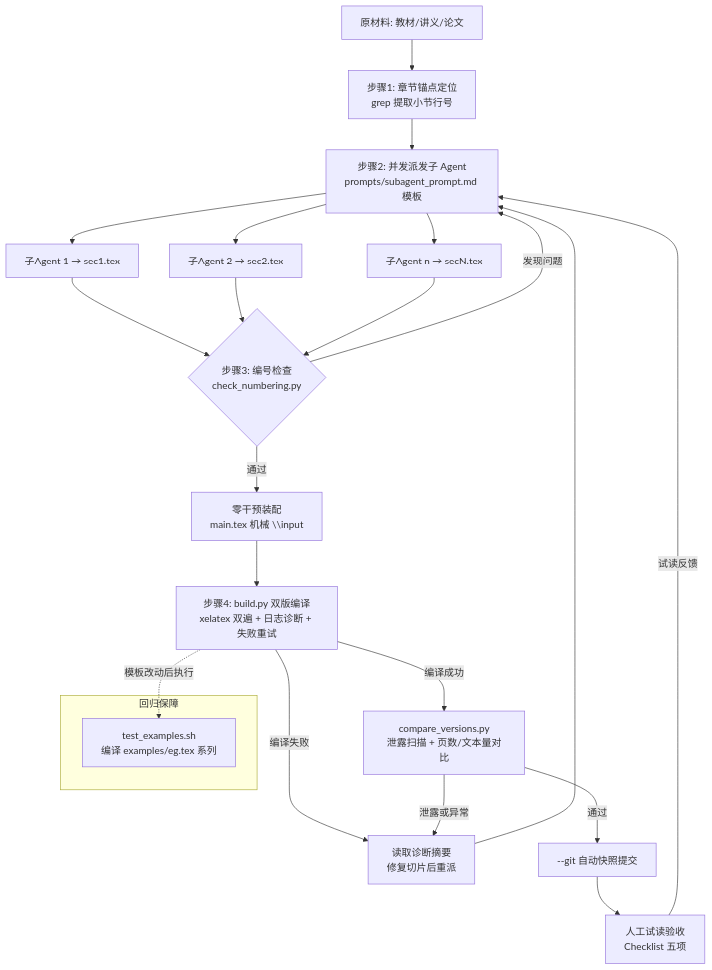
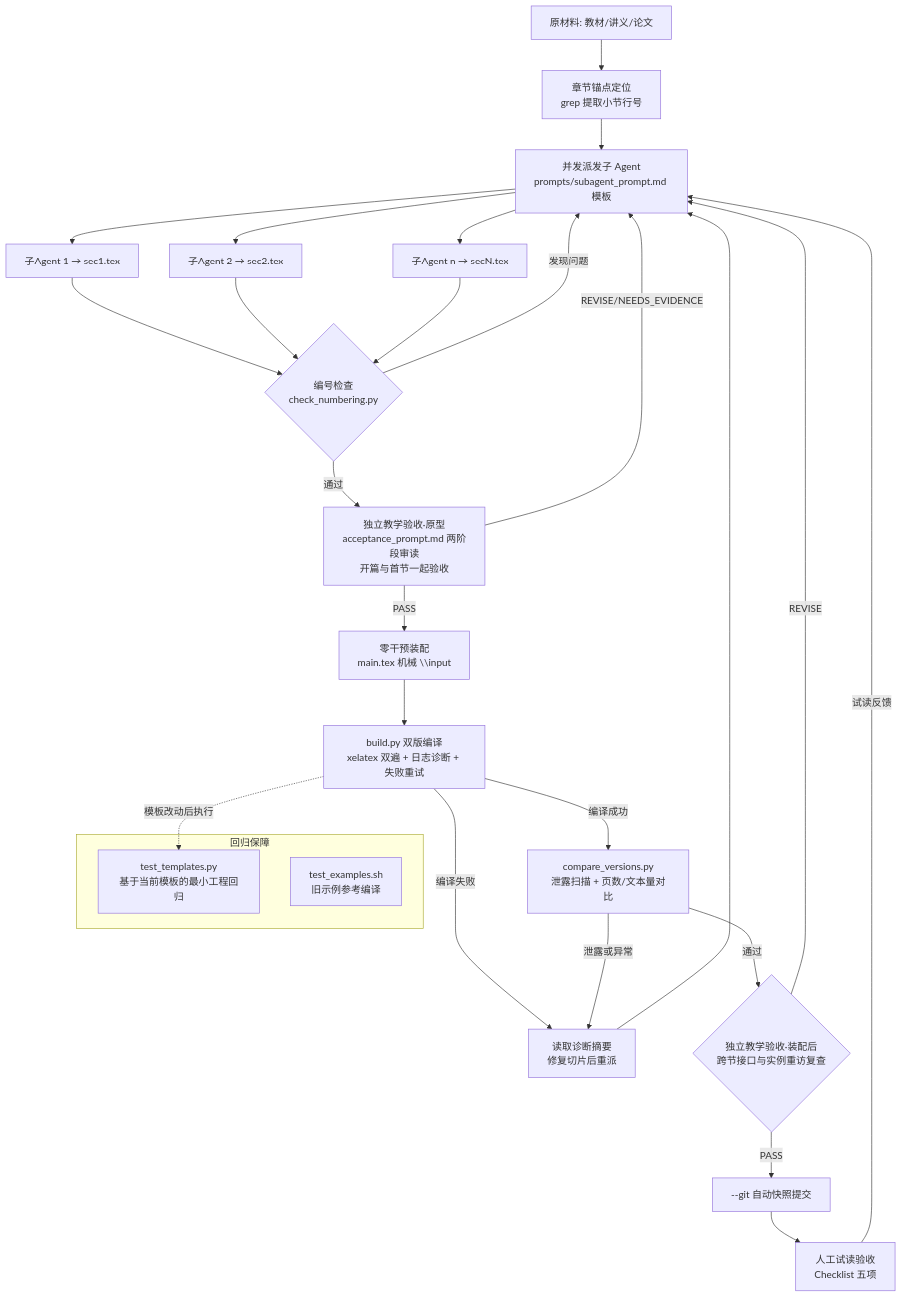
The diagram in examples/workflow.md (Sussurrosfox/problem-driven-courseware), drawn with Mermaid before and after one commit. The commit also changed other lines of this file and 22 other files, not shown here.

````diff
--- a/examples/workflow.md
+++ b/examples/workflow.md
@@ -133,24 +137,29 @@
 ```mermaid
 flowchart TD
-    A[原材料: 教材/讲义/论文] --> B[步骤1: 章节锚点定位<br/>grep 提取小节行号]
-    B --> C[步骤2: 并发派发子 Agent<br/>prompts/subagent_prompt.md 模板]
+    A[原材料: 教材/讲义/论文] --> B[章节锚点定位<br/>grep 提取小节行号]
+    B --> C[并发派发子 Agent<br/>prompts/subagent_prompt.md 模板]
     C --> D1[子Agent 1 → sec1.tex]
     C --> D2[子Agent 2 → sec2.tex]
     C --> D3[子Agent n → secN.tex]
-    D1 & D2 & D3 --> E{步骤3: 编号检查<br/>check_numbering.py}
+    D1 & D2 & D3 --> E{编号检查<br/>check_numbering.py}
     E -- 发现问题 --> C
-    E -- 通过 --> F[零干预装配<br/>main.tex 机械 \\input]
-    F --> G[步骤4: build.py 双版编译<br/>xelatex 双遍 + 日志诊断 + 失败重试]
+    E -- 通过 --> AV[独立教学验收·原型<br/>acceptance_prompt.md 两阶段审读<br/>开篇与首节一起验收]
+    AV -- REVISE/NEEDS_EVIDENCE --> C
+    AV -- PASS --> F[零干预装配<br/>main.tex 机械 \\input]
+    F --> G[build.py 双版编译<br/>xelatex 双遍 + 日志诊断 + 失败重试]
     G -- 编译失败 --> H[读取诊断摘要<br/>修复切片后重派]
     H --> C
     G -- 编译成功 --> I[compare_versions.py<br/>泄露扫描 + 页数/文本量对比]
     I -- 泄露或异常 --> H
-    I -- 通过 --> J[--git 自动快照提交]
+    I -- 通过 --> AV2{独立教学验收·装配后<br/>跨节接口与实例重访复查}
+    AV2 -- REVISE --> C
+    AV2 -- PASS --> J[--git 自动快照提交]
     J --> K[人工试读验收<br/>Checklist 五项]
     K -- 试读反馈 --> C
 
     subgraph 回归保障
-    R[test_examples.sh<br/>编译 examples/eg.tex 系列]
+    R[test_templates.py<br/>基于当前模板的最小工程回归]
+    R2[test_examples.sh<br/>旧示例参考编译]
     end
     G -. 模板改动后执行 .-> R
 ```
````
